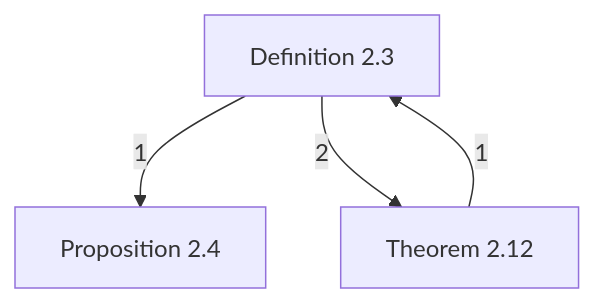
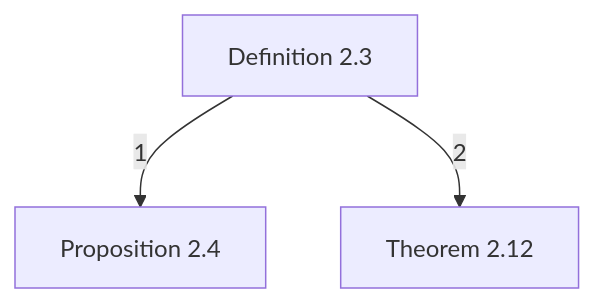
Before and after one commit to catskillsresearch/DomainTheory: the diagram in DomainTheory/ContinuousLattice/ContinuousLattices/ContinuousLattices.mermaid, drawn with Mermaid. The commit also changed 8 other files, not shown here.

```diff
--- a/DomainTheory/ContinuousLattice/ContinuousLattices/ContinuousLattices.mermaid
+++ b/DomainTheory/ContinuousLattice/ContinuousLattices/ContinuousLattices.mermaid
@@ -1,16 +1,15 @@
 %% Notes of the continuous lattice section, in outline order.
 %% Each box is one outline note from 1972_Continuous_lattice_order.md.
 %% Arrowhead on the importer. The number is a direct-import count.
 %% An arrow already implied by a longer path is omitted.
 flowchart TB
 
   D23["Definition 2.3"]
   P24["Proposition 2.4"]
   T212["Theorem 2.12"]
 
-  T212 -->|"1"| D23
   D23 -->|"1"| P24
   D23 -->|"2"| T212
 
   classDef file fill:#dbeafe,stroke:#1d4ed8,color:#1e3a8a
   classDef ext fill:#f3f4f6,stroke:#374151,color:#111827
```
